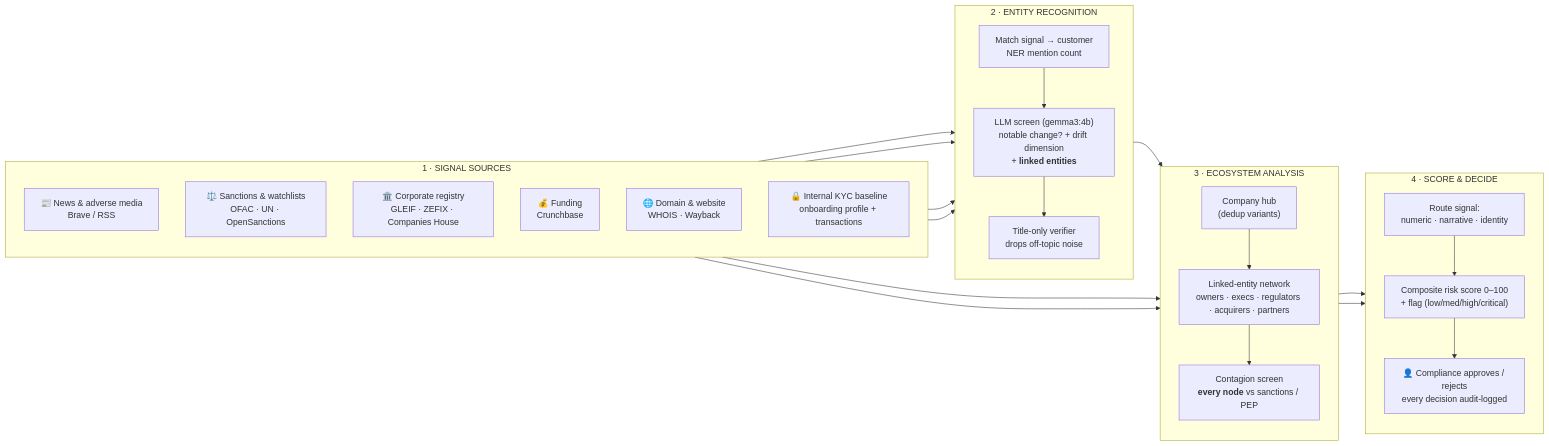
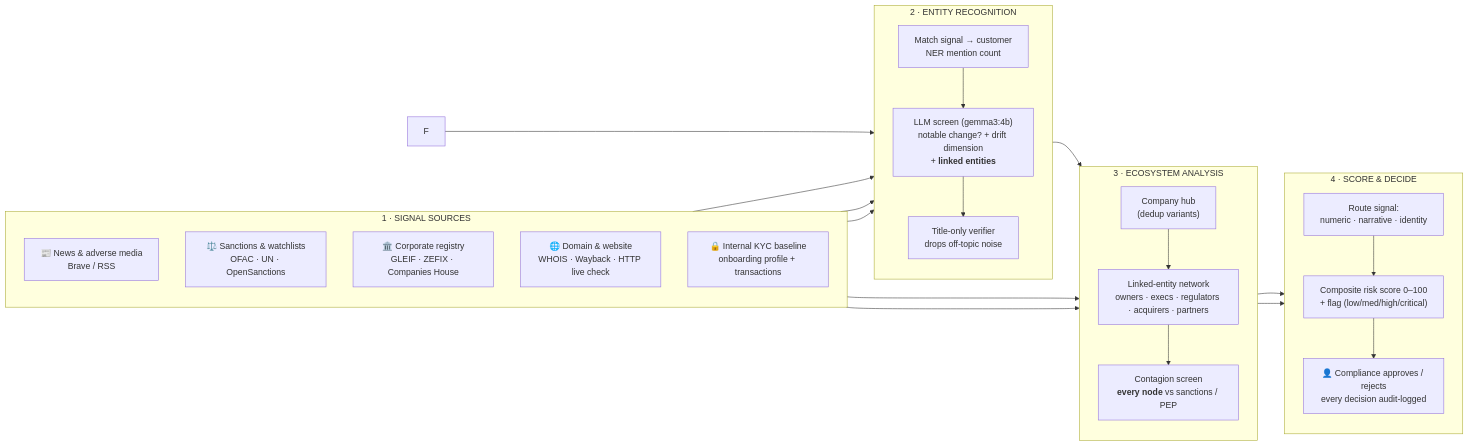
Before and after one commit to sing-git/Amina-BANK: the first of 4 diagrams in architecure plan/KYC-DRIFT-ARCHITECTURE.md, drawn with Mermaid.

Commit message:
Enhance domain section with HTTP live check
Updated the domain and website section to include HTTP live check.

````diff
--- a/architecure plan/KYC-DRIFT-ARCHITECTURE.md
+++ b/architecure plan/KYC-DRIFT-ARCHITECTURE.md
@@ -20,46 +20,46 @@
 ```mermaid
 flowchart LR
   subgraph SRC["1 · SIGNAL SOURCES"]
     direction TB
     N["📰 News &amp; adverse media<br/>Brave / RSS"]
     S["⚖️ Sanctions &amp; watchlists<br/>OFAC · UN · OpenSanctions"]
     R["🏛️ Corporate registry<br/>GLEIF · ZEFIX · Companies House"]
-    F["💰 Funding<br/>Crunchbase"]
-    D["🌐 Domain &amp; website<br/>WHOIS · Wayback"]
+
+    D["🌐 Domain &amp; website<br/>WHOIS · Wayback · HTTP live check"]
     K["🔒 Internal KYC baseline<br/>onboarding profile + transactions"]
   end
 
   subgraph NER["2 · ENTITY RECOGNITION"]
     direction TB
     M["Match signal → customer<br/>NER mention count"]
     G["LLM screen (gemma3:4b)<br/>notable change? + drift dimension<br/>+ <b>linked entities</b>"]
     V["Title-only verifier<br/>drops off-topic noise"]
   end
 
   subgraph ECO["3 · ECOSYSTEM ANALYSIS"]
     direction TB
     HUB["Company hub<br/>(dedup variants)"]
     NET["Linked-entity network<br/>owners · execs · regulators · acquirers · partners"]
     CON["Contagion screen<br/><b>every node</b> vs sanctions / PEP"]
   end
 
   subgraph SCO["4 · SCORE &amp; DECIDE"]
     direction TB
     RT["Route signal:<br/>numeric · narrative · identity"]
     CS["Composite risk score 0–100<br/>+ flag (low/med/high/critical)"]
     HITL["👤 Compliance approves / rejects<br/>every decision audit-logged"]
   end
 
   N --> M
   R --> M
   F --> M
   D --> M
   M --> G --> V
   V --> HUB
   K --> HUB
   HUB --> NET --> CON
   S --> CON
   NET --> RT
   CON --> RT
   RT --> CS --> HITL
 ```
````
